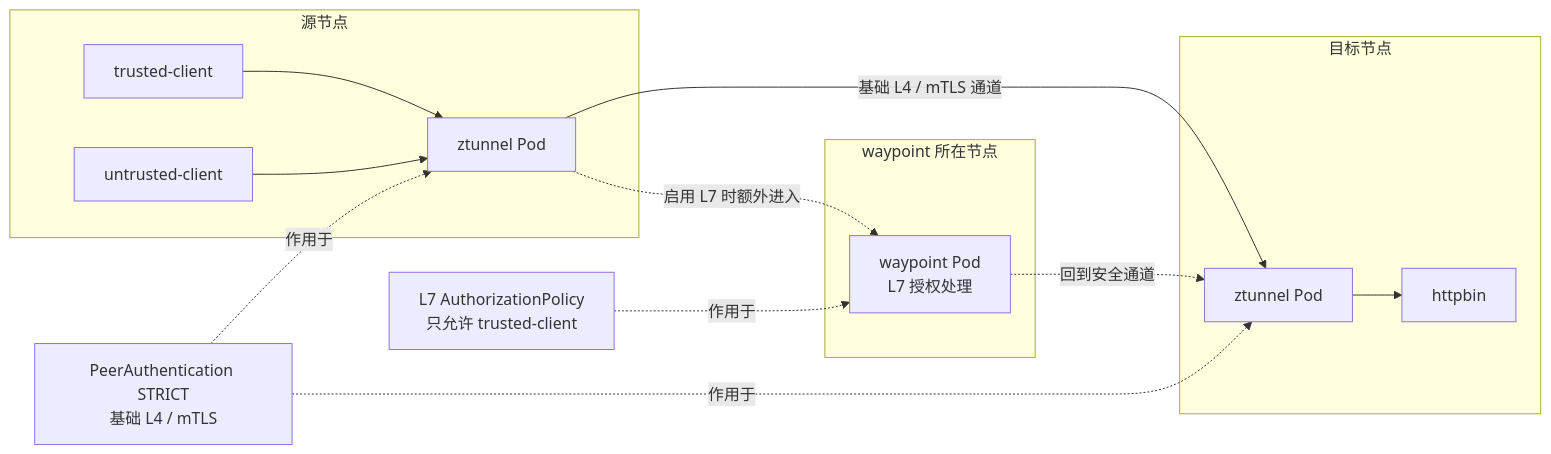
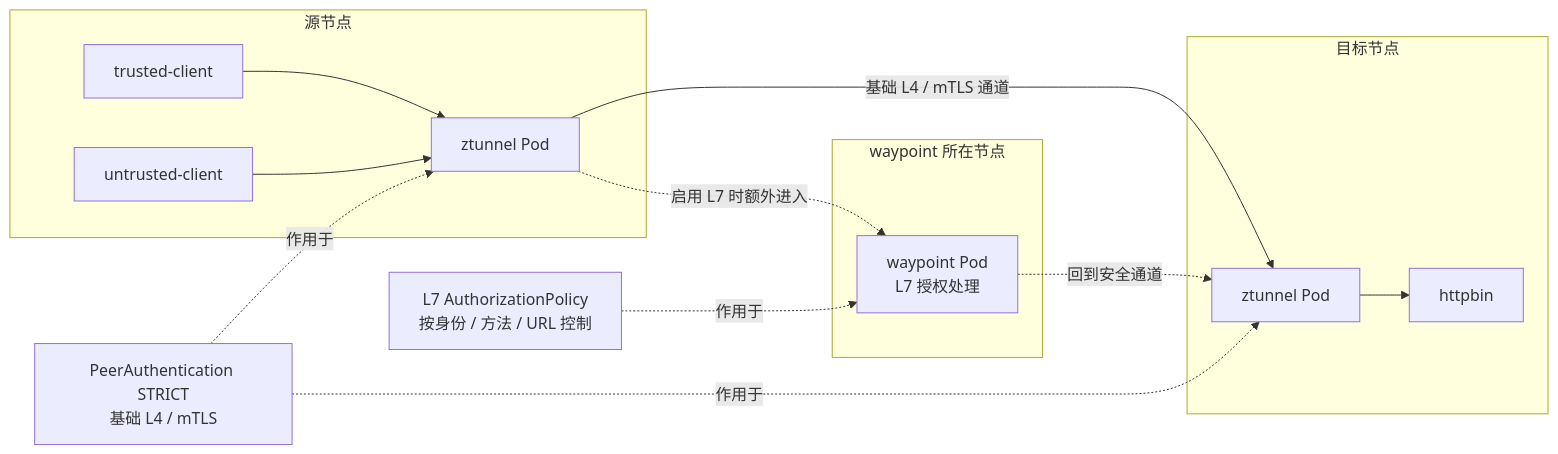
The third of 8 diagrams in k8s/05-security-and-zero-trust/docs/05_enable_jwt_and_mesh_security.md (hwang-protocol/docker_k8s_2026), drawn with Mermaid before and after one commit. The commit also changed other lines of this file, not shown here.

Commit message:
Update JWT and mesh security documentation to refine L7 AuthorizationPolicy descriptions, emphasizing access control based on source identity, HTTP methods, and URL paths. Adjust testing scenarios to ensure clarity on minimum access policies within the mesh.

````diff
--- a/k8s/05-security-and-zero-trust/docs/05_enable_jwt_and_mesh_security.md
+++ b/k8s/05-security-and-zero-trust/docs/05_enable_jwt_and_mesh_security.md
@@ -166,32 +166,32 @@
 ```mermaid
 flowchart LR
     subgraph nodeA[源节点]
         trusted[trusted-client]
         untrusted[untrusted-client]
         ztunnelA[ztunnel Pod]
     end
 
     subgraph nodeW[waypoint 所在节点]
         waypoint[waypoint Pod<br/>L7 授权处理]
     end
 
     subgraph nodeB[目标节点]
         ztunnelB[ztunnel Pod]
         httpbinSvc[httpbin]
     end
 
     meshMtls[PeerAuthentication STRICT<br/>基础 L4 / mTLS]
-    meshAuthz[L7 AuthorizationPolicy<br/>只允许 trusted-client]
+    meshAuthz[L7 AuthorizationPolicy<br/>按身份 / 方法 / URL 控制]
 
     trusted --> ztunnelA
     untrusted --> ztunnelA
 
     ztunnelA -->|基础 L4 / mTLS 通道| ztunnelB
     ztunnelB --> httpbinSvc
 
     ztunnelA -. 启用 L7 时额外进入 .-> waypoint
     waypoint -. 回到安全通道 .-> ztunnelB
     meshMtls -. 作用于 .-> ztunnelA
     meshMtls -. 作用于 .-> ztunnelB
     meshAuthz -. 作用于 .-> waypoint
 ```
````
